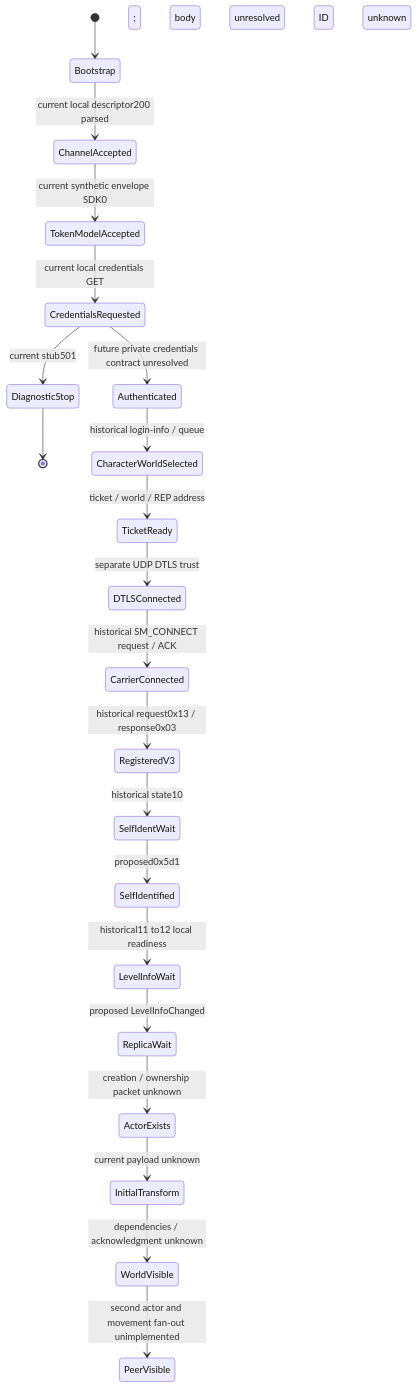
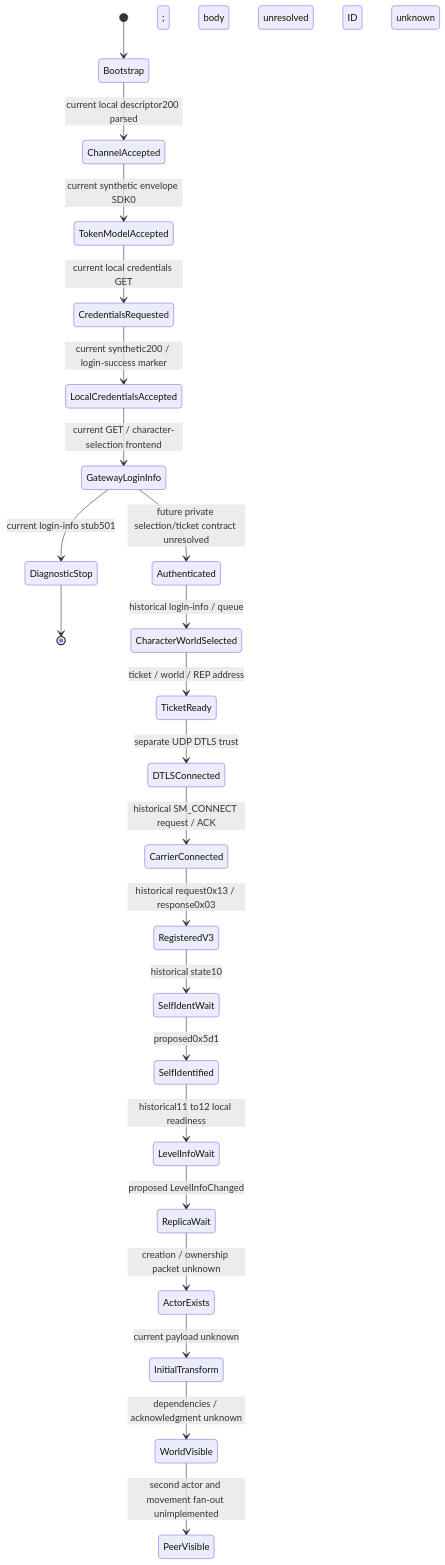
Before and after one commit to AScriver/NewWorldPreservation: the diagram in docs/SPAWN_SEQUENCE.md, drawn with Mermaid. The commit also changed other lines of this file and 17 other files, not shown here.

Commit message:
Prove current-client acceptance of synthetic local credentials

````diff
--- a/docs/SPAWN_SEQUENCE.md
+++ b/docs/SPAWN_SEQUENCE.md
@@ -13,23 +13,25 @@
 ```mermaid
 stateDiagram-v2
     [*] --> Bootstrap
     Bootstrap --> ChannelAccepted: current local descriptor200 parsed
     ChannelAccepted --> TokenModelAccepted: current synthetic envelope SDK0
     TokenModelAccepted --> CredentialsRequested: current local credentials GET
-    CredentialsRequested --> DiagnosticStop: current stub501
+    CredentialsRequested --> LocalCredentialsAccepted: current synthetic200 / login-success marker
+    LocalCredentialsAccepted --> GatewayLoginInfo: current GET / character-selection frontend
+    GatewayLoginInfo --> DiagnosticStop: current login-info stub501
     DiagnosticStop --> [*]
-    CredentialsRequested --> Authenticated: future private credentials contract unresolved
+    GatewayLoginInfo --> Authenticated: future private selection/ticket contract unresolved
     Authenticated --> CharacterWorldSelected: historical login-info / queue
     CharacterWorldSelected --> TicketReady: ticket / world / REP address
     TicketReady --> DTLSConnected: separate UDP DTLS trust
     DTLSConnected --> CarrierConnected: historical SM_CONNECT request / ACK
     CarrierConnected --> RegisteredV3: historical request0x13 / response0x03
     RegisteredV3 --> SelfIdentWait: historical state10
     SelfIdentWait --> SelfIdentified: proposed0x5d1; body unresolved
     SelfIdentified --> LevelInfoWait: historical11 to12 local readiness
     LevelInfoWait --> ReplicaWait: proposed LevelInfoChanged; ID unknown
     ReplicaWait --> ActorExists: creation / ownership packet unknown
     ActorExists --> InitialTransform: current payload unknown
     InitialTransform --> WorldVisible: dependencies / acknowledgment unknown
     WorldVisible --> PeerVisible: second actor and movement fan-out unimplemented
 ```
````
